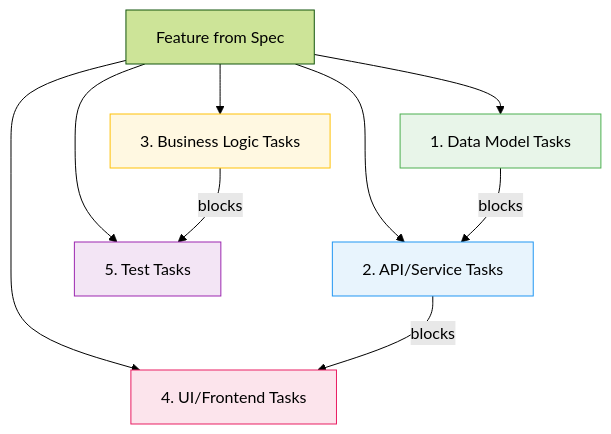
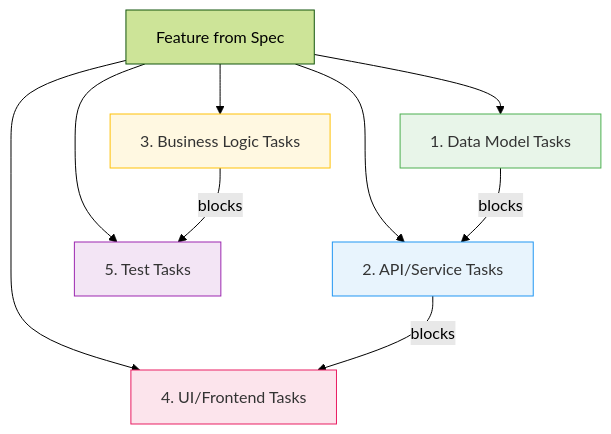
One commit to sequenzia/agent-alchemy changed the sixth of 16 diagrams in internal/docs/sdd-tools-deep-dive-2026-02-21.md. Above: the diagram before and after it, drawn with Mermaid (forest theme). The commit also changed other lines of this file, not shown here.

First line of the commit message:
docs(analysis): add explicit text color to mermaid diagram styles for accessibility

````diff
--- a/internal/docs/sdd-tools-deep-dive-2026-02-21.md
+++ b/internal/docs/sdd-tools-deep-dive-2026-02-21.md
@@ -341,18 +341,18 @@
 ```mermaid
 flowchart TD
     F["Feature from Spec"] --> DM["1. Data Model Tasks"]
     F --> API["2. API/Service Tasks"]
     F --> BL["3. Business Logic Tasks"]
     F --> UI["4. UI/Frontend Tasks"]
     F --> TEST["5. Test Tasks"]
 
     DM --> |"blocks"| API
     API --> |"blocks"| UI
     BL --> |"blocks"| TEST
 
-    style DM fill:#e8f5e9,stroke:#4CAF50
-    style API fill:#e8f4fd,stroke:#2196F3
-    style BL fill:#fff8e1,stroke:#FFC107
-    style UI fill:#fce4ec,stroke:#e91e63
-    style TEST fill:#f3e5f5,stroke:#9C27B0
+    style DM fill:#e8f5e9,stroke:#4CAF50,color:#333
+    style API fill:#e8f4fd,stroke:#2196F3,color:#333
+    style BL fill:#fff8e1,stroke:#FFC107,color:#333
+    style UI fill:#fce4ec,stroke:#e91e63,color:#333
+    style TEST fill:#f3e5f5,stroke:#9C27B0,color:#333
 ```
````
